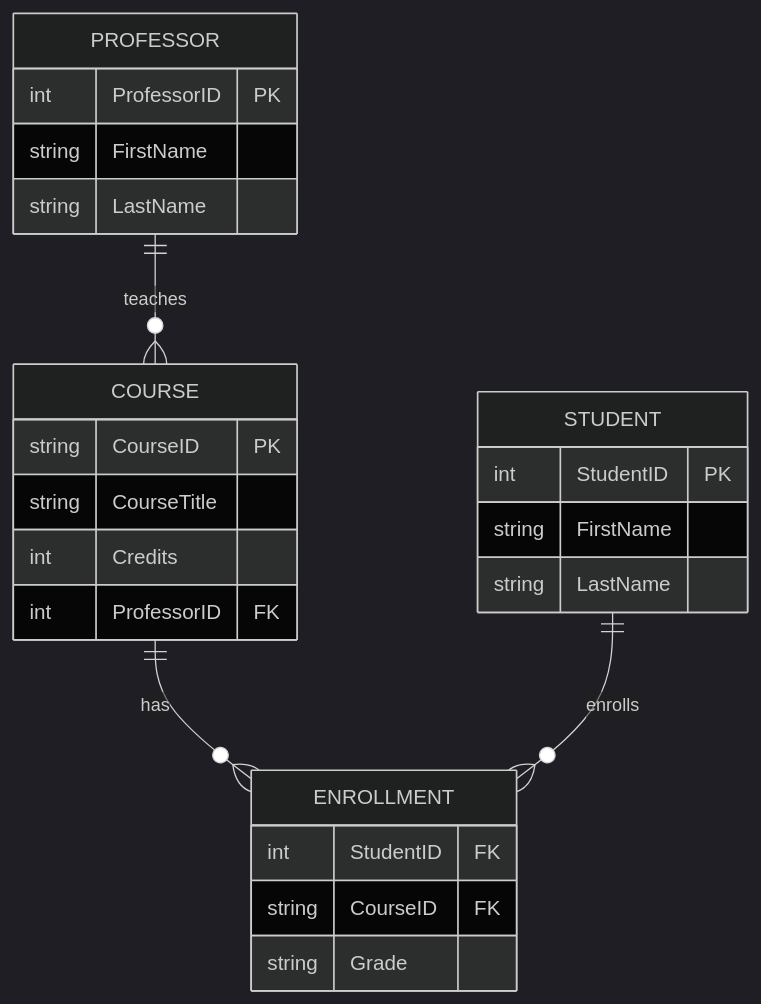
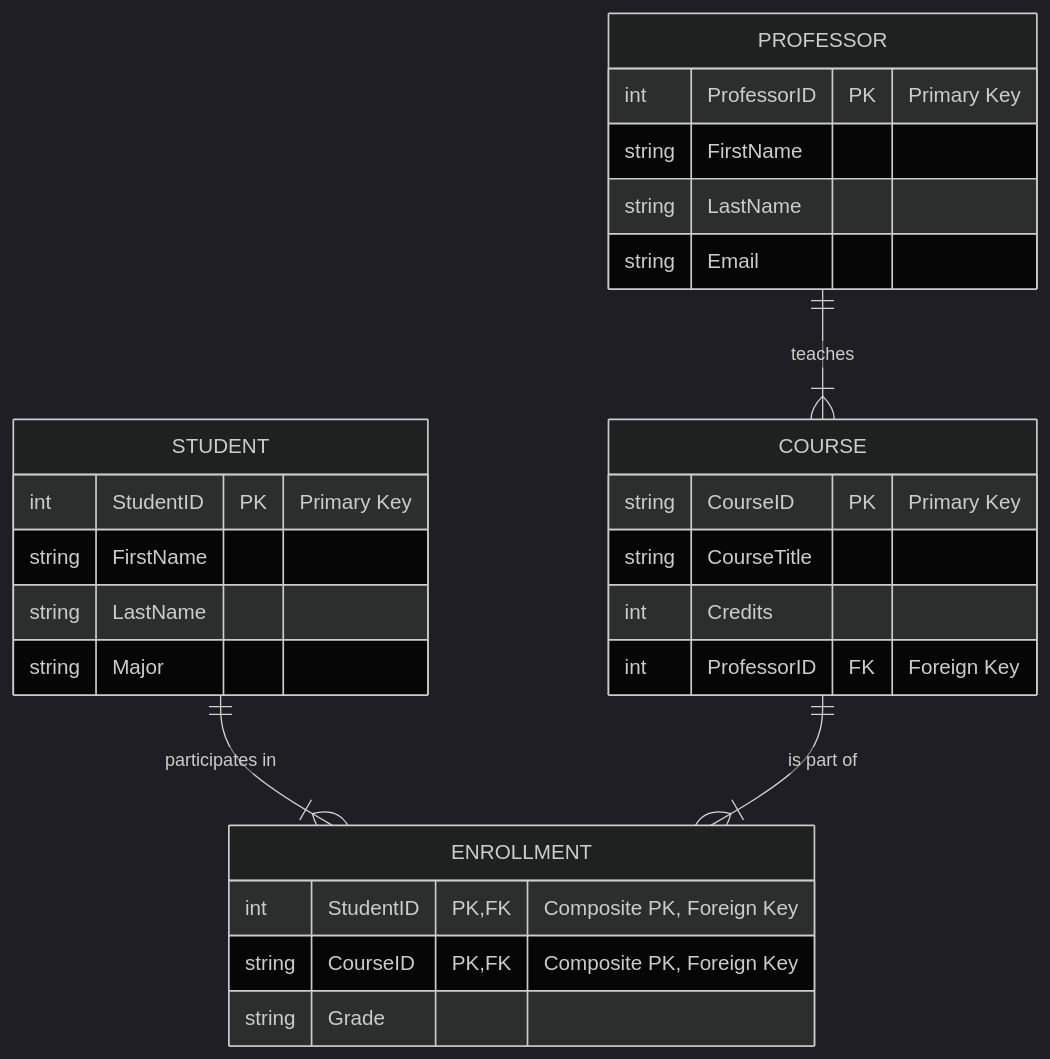
One commit to ehsan18t/interdocs changed the second of 2 diagrams in docs/dbms/ch3-modeling.md. Above: the diagram before and after it, drawn with Mermaid (dark theme). The commit also changed other lines of this file, not shown here.

````diff
--- a/docs/dbms/ch3-modeling.md
+++ b/docs/dbms/ch3-modeling.md
@@ -74,27 +176,30 @@
 ```mermaid
 erDiagram
-    PROFESSOR ||--o{ COURSE : teaches
-    COURSE ||--o{ ENROLLMENT : has
-    STUDENT ||--o{ ENROLLMENT : enrolls
     PROFESSOR {
-        int ProfessorID PK
+        int ProfessorID PK "Primary Key"
         string FirstName
         string LastName
+        string Email
+    }
+    COURSE {
+        string CourseID PK "Primary Key"
+        string CourseTitle
+        int Credits
+        int ProfessorID FK "Foreign Key"
     }
     STUDENT {
-        int StudentID PK
+        int StudentID PK "Primary Key"
         string FirstName
         string LastName
-    }
-    COURSE {
-        string CourseID PK
-        string CourseTitle
-        int Credits
-        int ProfessorID FK
+        string Major
     }
     ENROLLMENT {
-        int StudentID FK
-        string CourseID FK
+        int StudentID PK, FK "Composite PK, Foreign Key"
+        string CourseID PK, FK "Composite PK, Foreign Key"
         string Grade
     }
+
+    PROFESSOR ||--|{ COURSE : "teaches"
+    STUDENT ||--|{ ENROLLMENT : "participates in"
+    COURSE ||--|{ ENROLLMENT : "is part of"
 ```
````
